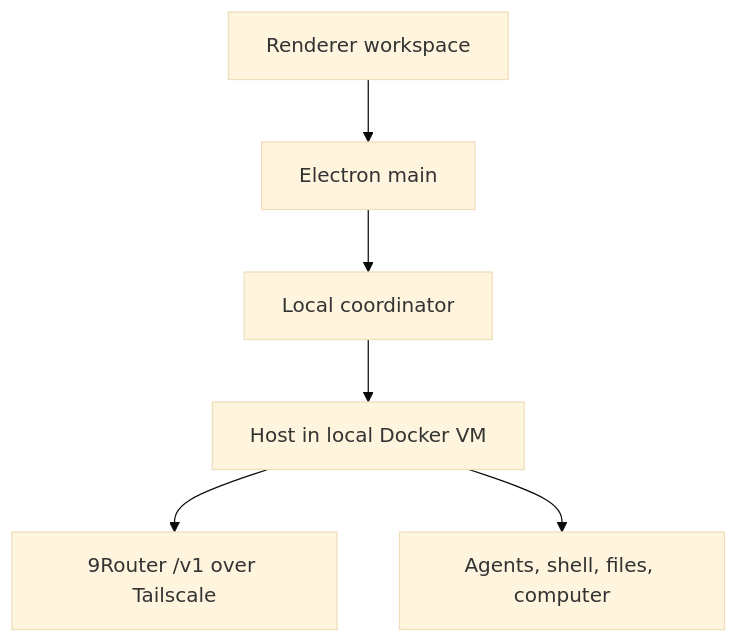
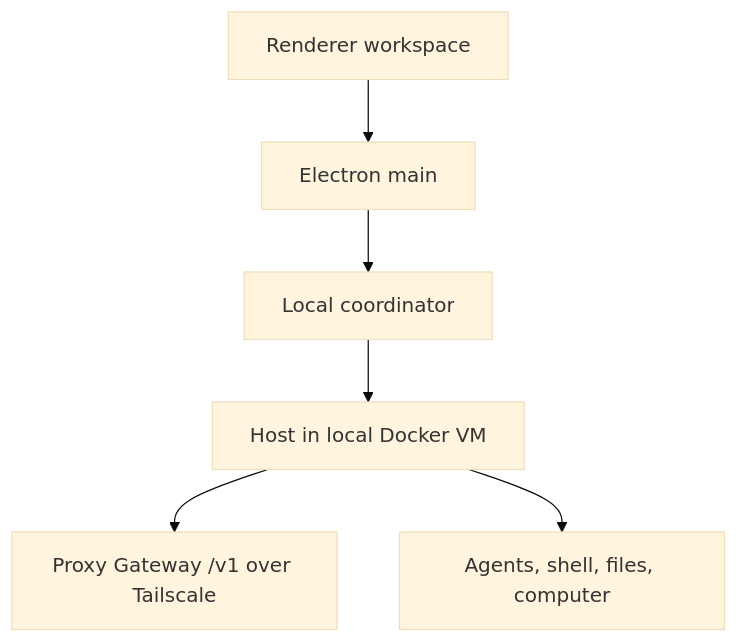
The diagram in docs/ARCHITECTURE.md (GeniusTDY/grok-bot-offline), drawn with Mermaid (base theme) before and after one commit. The commit also changed other lines of this file and 2 other files, not shown here.

````diff
--- a/docs/ARCHITECTURE.md
+++ b/docs/ARCHITECTURE.md
@@ -18,8 +18,8 @@
 ```mermaid
 flowchart TD
     UI["Renderer workspace"] --> Main["Electron main"]
     Main --> Coordinator["Local coordinator"]
     Coordinator --> Host["Host in local Docker VM"]
-    Host --> Router["9Router /v1 over Tailscale"]
+    Host --> Router["Proxy Gateway /v1 over Tailscale"]
     Host --> Tools["Agents, shell, files, computer"]
 ```
````
